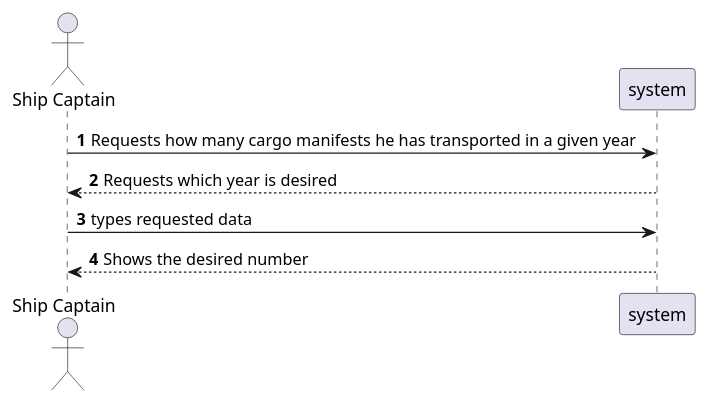
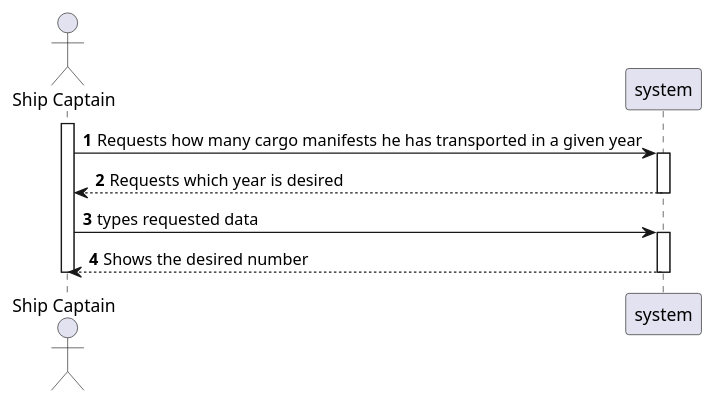
The diagram in docs/Sprint2/US207/ssd.puml (mpoboas/lapr3-2021-g102), drawn with PlantUML before and after one commit. The commit also changed 2 other files, not shown here.

```diff
--- a/docs/Sprint2/US207/ssd.puml
+++ b/docs/Sprint2/US207/ssd.puml
@@ -1,9 +1,16 @@
 @startuml
 actor "Ship Captain" as sc
 participant system as sys
 autonumber
+activate sc
 sc -> sys: Requests how many cargo manifests he has transported in a given year
+activate sys
 sys --> sc : Requests which year is desired
+deactivate sys
 sc ->sys : types requested data
+activate sys
 sys --> sc : Shows the desired number
+deactivate sys
+deactivate sc
+
 @enduml
```
